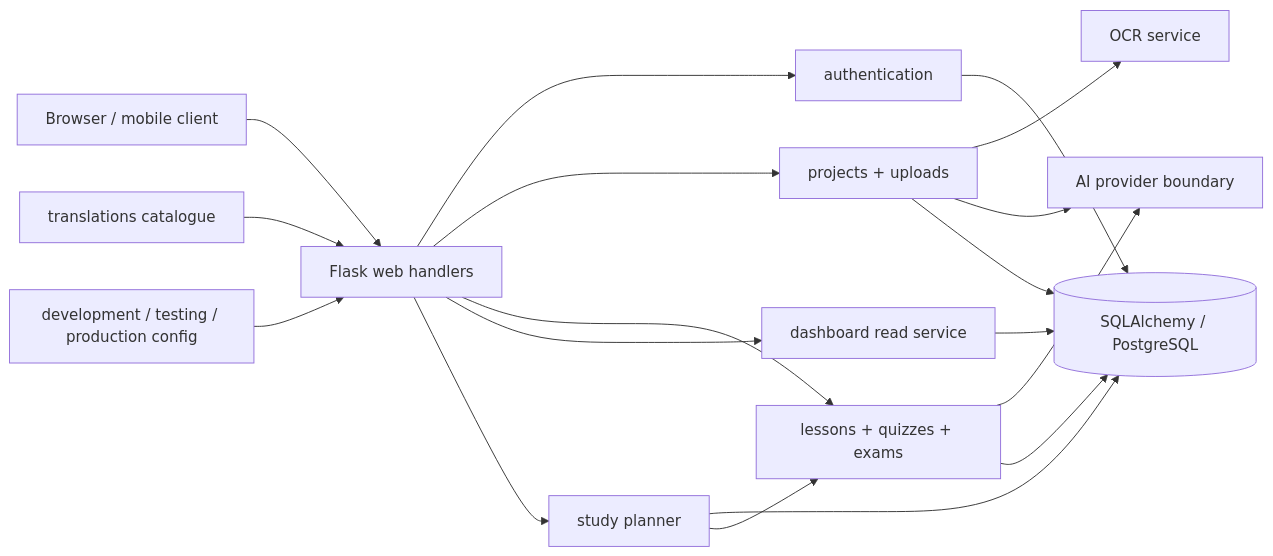
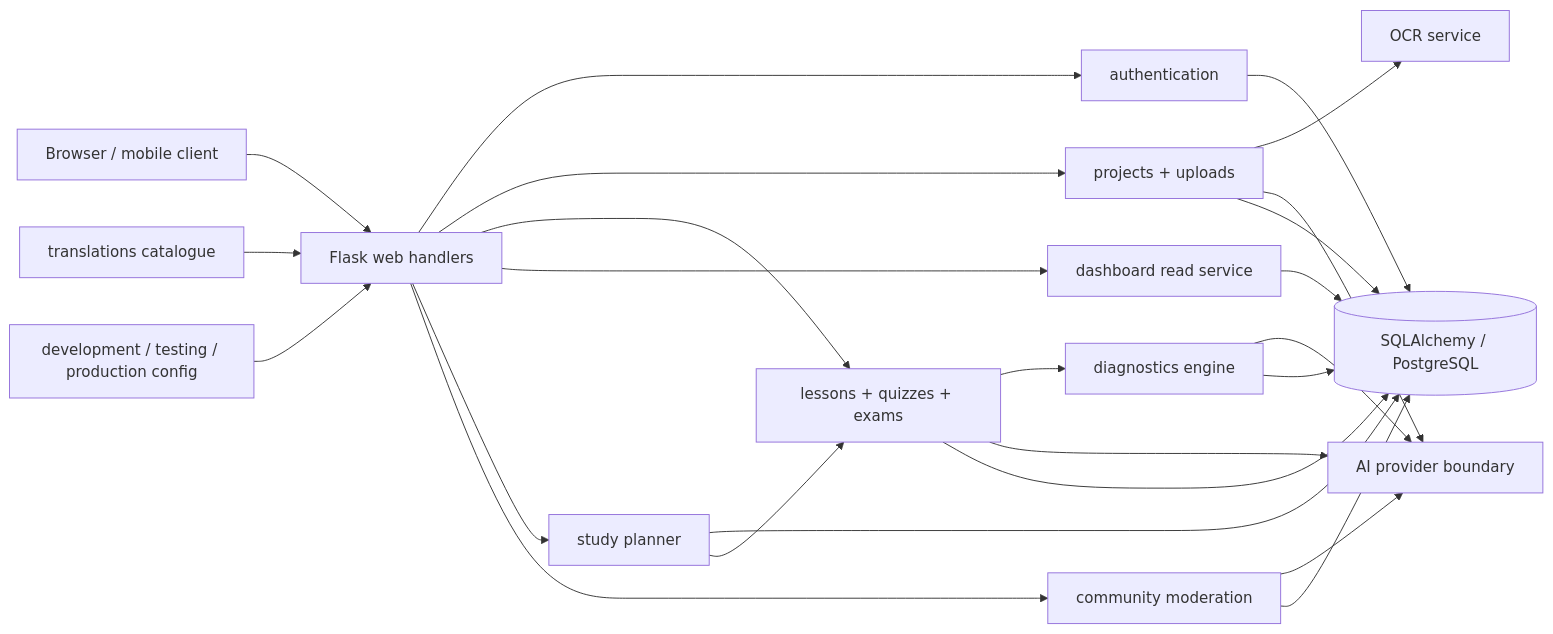
Before and after one commit to Rithi120/Ai-tutor: the diagram in docs/ARCHITECTURE.md, drawn with Mermaid. The commit also changed other lines of this file and 128 other files, not shown here.

First line of the commit message:
Add adaptive diagnostics, community moderation and direct assistant chat

````diff
--- a/docs/ARCHITECTURE.md
+++ b/docs/ARCHITECTURE.md
@@ -7,20 +7,26 @@
 ```mermaid
 flowchart LR
     Browser[Browser / mobile client] --> Web[Flask web handlers]
     Web --> Auth[authentication]
     Web --> Projects[projects + uploads]
     Web --> Learning[lessons + quizzes + exams]
     Web --> Dashboard[dashboard read service]
     Web --> Planner[study planner]
     Projects --> OCR[OCR service]
     Projects --> AI[AI provider boundary]
+    Learning --> Diagnostics[diagnostics engine]
+    Web --> Moderation[community moderation]
+    Moderation --> AI
+    Moderation --> DB
+    Diagnostics --> AI
+    Diagnostics --> DB
     Learning --> AI
     Auth --> DB[(SQLAlchemy / PostgreSQL)]
     Projects --> DB
     Learning --> DB
     Dashboard --> DB
     Planner --> DB
     Planner --> Learning
     Translations[translations catalogue] --> Web
     Config[development / testing / production config] --> Web
 ```
````
